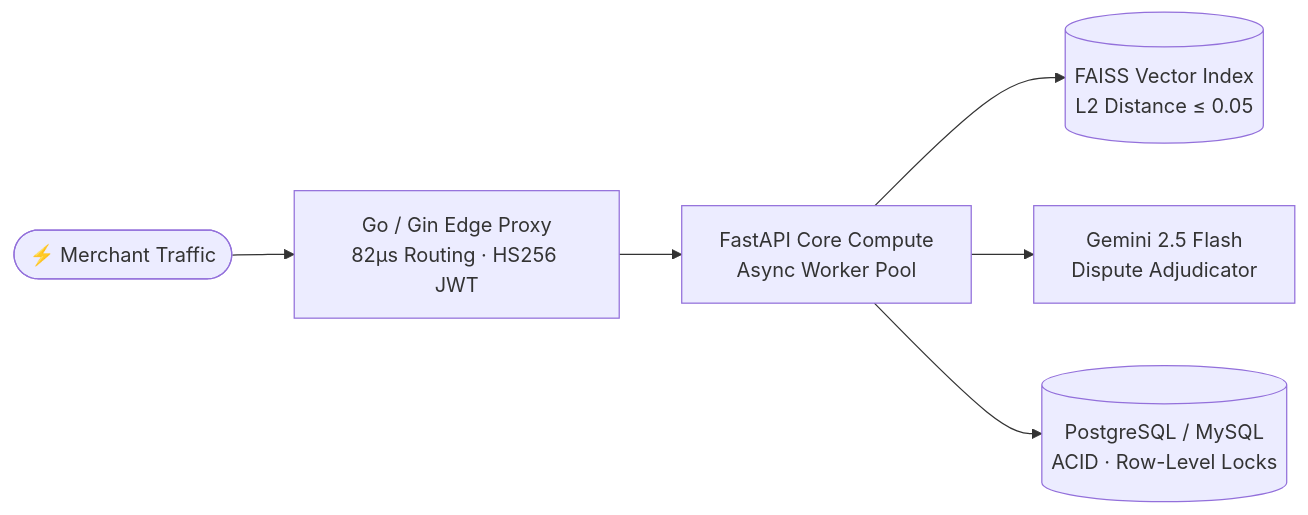
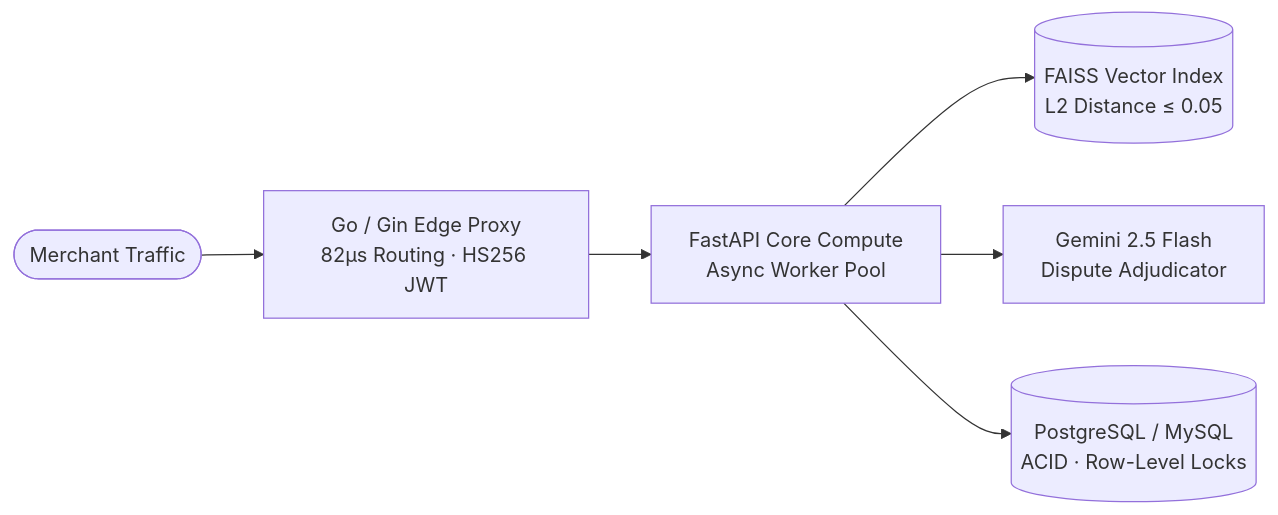
One commit to itsmeharshkumarsingh/itsmeharshkumarsingh changed the diagram in README.md. Above: the diagram before and after it, drawn with Mermaid. The commit also changed other lines of this file, not shown here.

````diff
--- a/README.md
+++ b/README.md
@@ -52,8 +52,8 @@
 ```mermaid
 flowchart LR
-    Client([⚡ Merchant Traffic]) --> Proxy[Go / Gin Edge Proxy<br/>82µs Routing · HS256 JWT]
+    Client([Merchant Traffic]) --> Proxy[Go / Gin Edge Proxy<br/>82µs Routing · HS256 JWT]
     Proxy --> Engine[FastAPI Core Compute<br/>Async Worker Pool]
     Engine --> FAISS[(FAISS Vector Index<br/>L2 Distance ≤ 0.05)]
     Engine --> Gemini[Gemini 2.5 Flash<br/>Dispute Adjudicator]
     Engine --> DB[(PostgreSQL / MySQL<br/>ACID · Row-Level Locks)]
 ```
````
